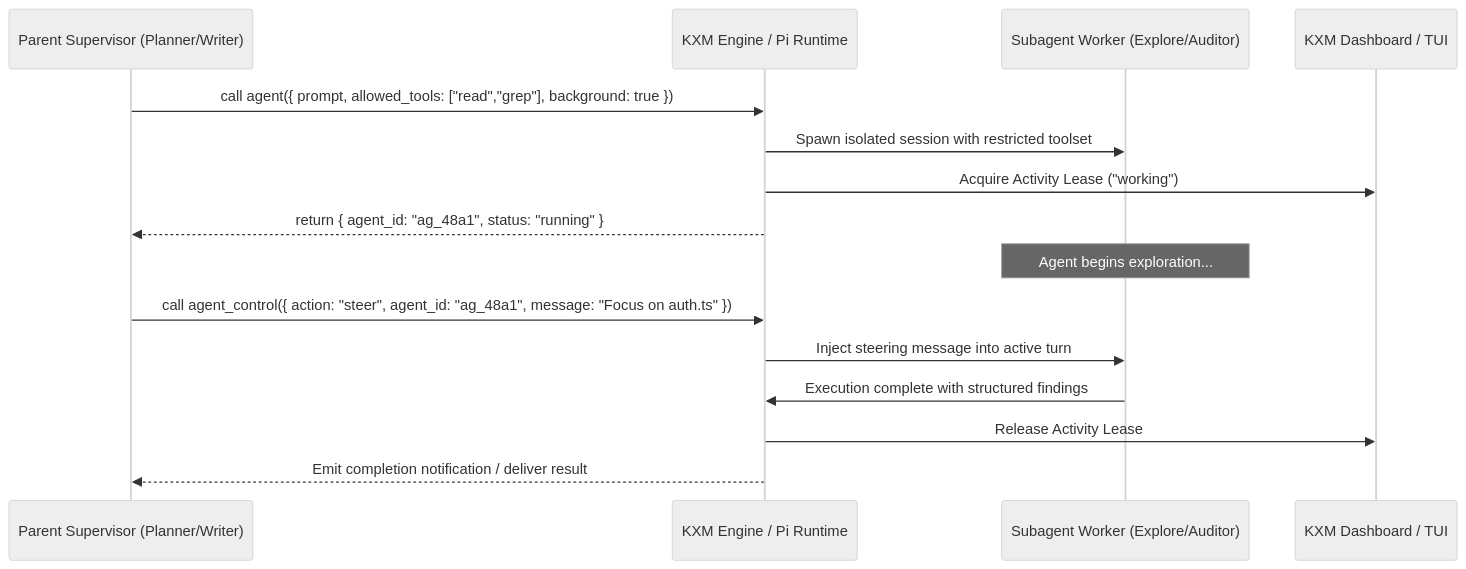
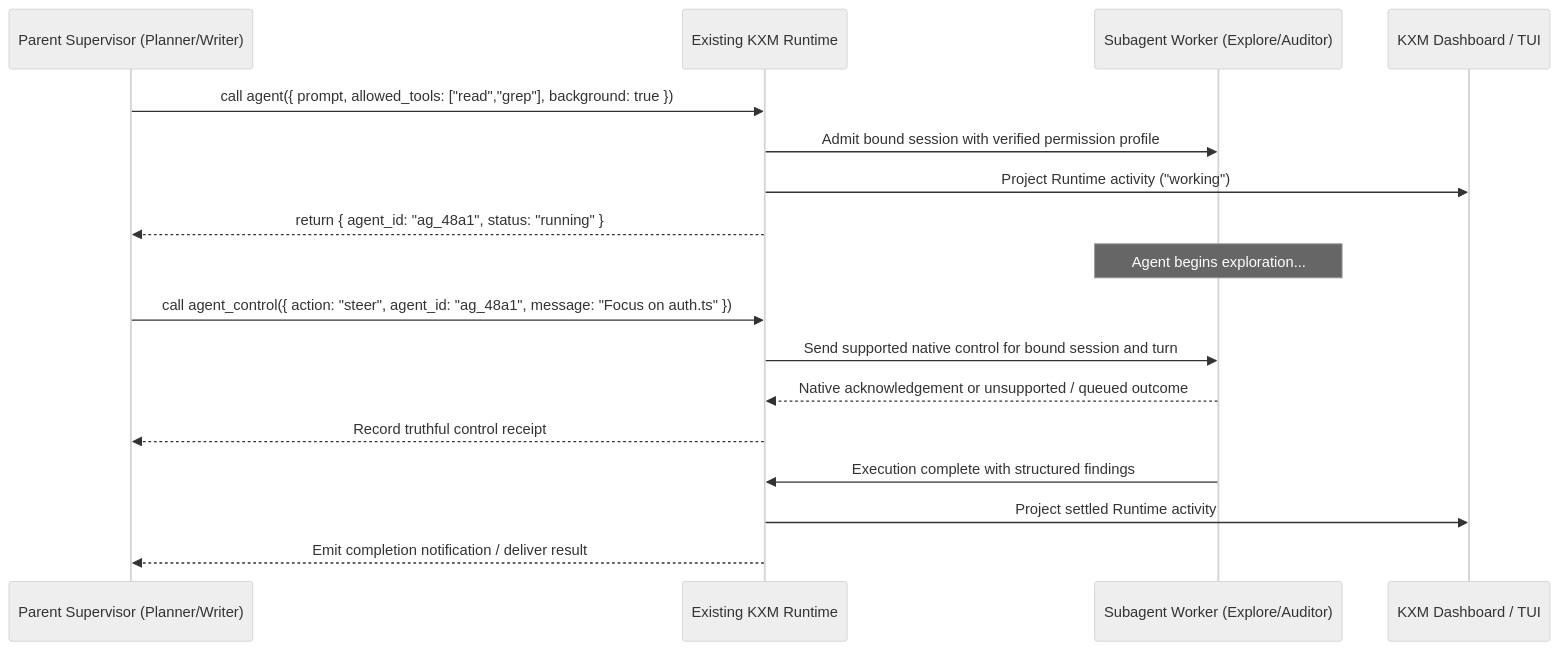
The diagram in plans/plan-agent-communication-steering.md (kontextmind/kxm), drawn with Mermaid (neutral theme) before and after one commit. The commit also changed other lines of this file and 36 other files, not shown here.

Commit message:
docs(plans): consolidate KXM roadmap and fork research (#211)

````diff
--- a/plans/plan-agent-communication-steering.md
+++ b/plans/plan-agent-communication-steering.md
@@ -72,20 +73,22 @@
 ```mermaid
 sequenceDiagram
     participant Parent as Parent Supervisor (Planner/Writer)
-    participant Engine as KXM Engine / Pi Runtime
+    participant Engine as Existing KXM Runtime
     participant Child as Subagent Worker (Explore/Auditor)
     participant Dash as KXM Dashboard / TUI
 
     Parent->>Engine: call agent({ prompt, allowed_tools: ["read","grep"], background: true })
-    Engine->>Child: Spawn isolated session with restricted toolset
-    Engine->>Dash: Acquire Activity Lease ("working")
+    Engine->>Child: Admit bound session with verified permission profile
+    Engine->>Dash: Project Runtime activity ("working")
     Engine-->>Parent: return { agent_id: "ag_48a1", status: "running" }
     
     Note over Child: Agent begins exploration...
     Parent->>Engine: call agent_control({ action: "steer", agent_id: "ag_48a1", message: "Focus on auth.ts" })
-    Engine->>Child: Inject steering message into active turn
+    Engine->>Child: Send supported native control for bound session and turn
+    Child-->>Engine: Native acknowledgement or unsupported / queued outcome
+    Engine-->>Parent: Record truthful control receipt
     
     Child->>Engine: Execution complete with structured findings
-    Engine->>Dash: Release Activity Lease
+    Engine->>Dash: Project settled Runtime activity
     Engine-->>Parent: Emit completion notification / deliver result
 ```
````
